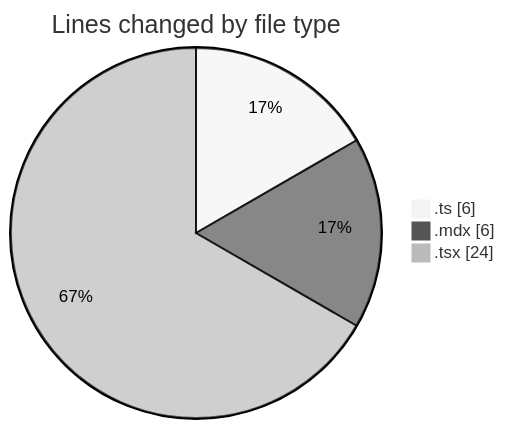
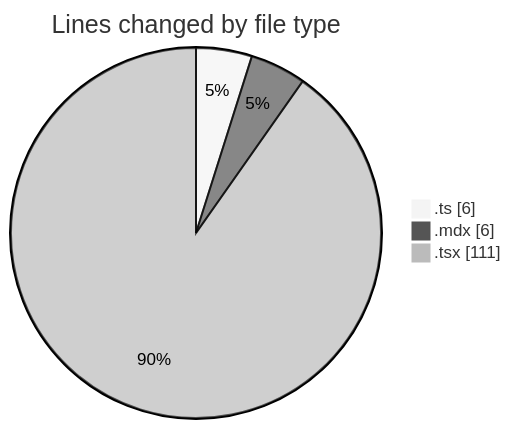
Before and after one commit to Elitesun/code-tracking: the first of 2 diagrams in 2025-05-25/elitesun/README.md, drawn with Mermaid (neutral theme). The commit also changed other lines of this file and 1 other file, not shown here.

````diff
--- a/2025-05-25/elitesun/README.md
+++ b/2025-05-25/elitesun/README.md
@@ -24,7 +24,7 @@
 ```mermaid
 pie showData
 title Lines changed by file type
 ".ts" : 6
 ".mdx" : 6
-".tsx" : 24
+".tsx" : 111
 ```
````
